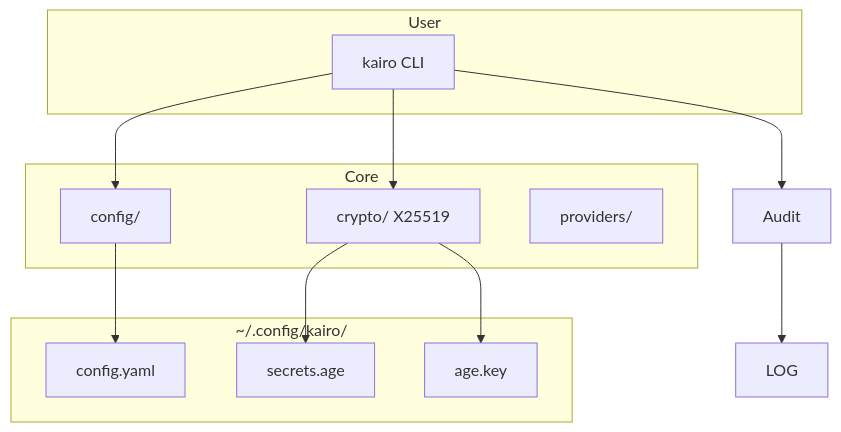
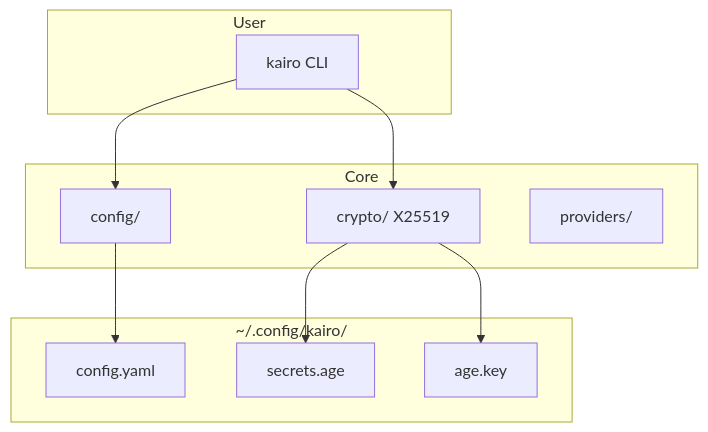
Before and after one commit to dkmnx/kairo: the diagram in README.md, drawn with Mermaid. The commit also changed other lines of this file and 2 other files, not shown here.

Commit message:
docs: remove audit references from remaining docs

````diff
--- a/README.md
+++ b/README.md
@@ -63,26 +62,24 @@
 ```mermaid
 flowchart TB
     subgraph User
         CLI[kairo CLI]
     end
 
     subgraph Core
         Config[config/]
         Crypto[crypto/ X25519]
         Providers[providers/]
     end
 
     subgraph Storage[~/.config/kairo/]
         YAML[config.yaml]
         AGE[secrets.age]
         KEY[age.key]
     end
 
     CLI --> Config
     CLI --> Crypto
-    CLI --> Audit
     Config --> YAML
     Crypto --> AGE
     Crypto --> KEY
-    Audit --> LOG
 ```
````
